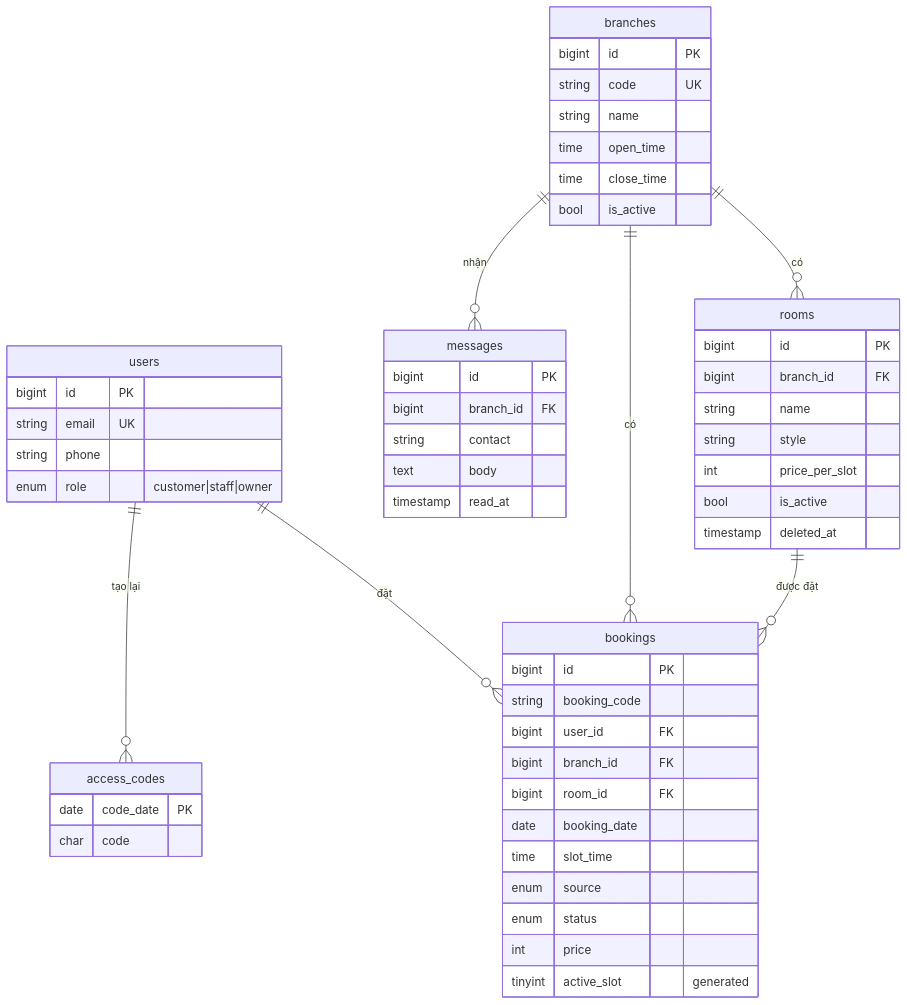
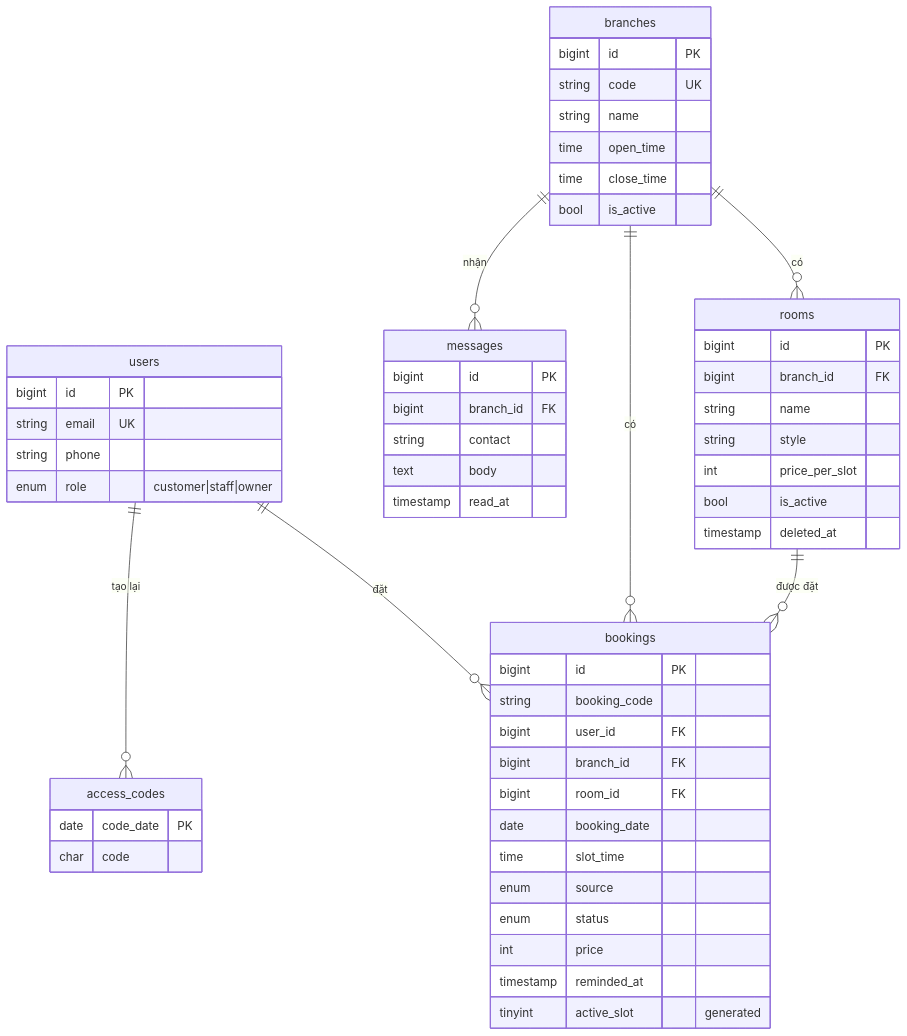
Before and after one commit to NgDuyBaoo/EM4: the diagram in docs/database.md, drawn with Mermaid. The commit also changed 31 other files, not shown here.

````diff
--- a/docs/database.md
+++ b/docs/database.md
@@ -5,45 +5,46 @@
 ```mermaid
 erDiagram
     users ||--o{ bookings : "đặt"
     branches ||--o{ rooms : "có"
     branches ||--o{ bookings : "có"
     rooms ||--o{ bookings : "được đặt"
     branches ||--o{ messages : "nhận"
     users ||--o{ access_codes : "tạo lại"
 
     users { bigint id PK
       string email UK
       string phone
       enum role "customer|staff|owner" }
     branches { bigint id PK
       string code UK
       string name
       time open_time
       time close_time
       bool is_active }
     rooms { bigint id PK
       bigint branch_id FK
       string name
       string style
       int price_per_slot
       bool is_active
       timestamp deleted_at }
     bookings { bigint id PK
       string booking_code
       bigint user_id FK
       bigint branch_id FK
       bigint room_id FK
       date booking_date
       time slot_time
       enum source
       enum status
       int price
+      timestamp reminded_at
       tinyint active_slot "generated" }
     access_codes { date code_date PK
       char code }
     messages { bigint id PK
       bigint branch_id FK
       string contact
       text body
       timestamp read_at }
 ```
````
